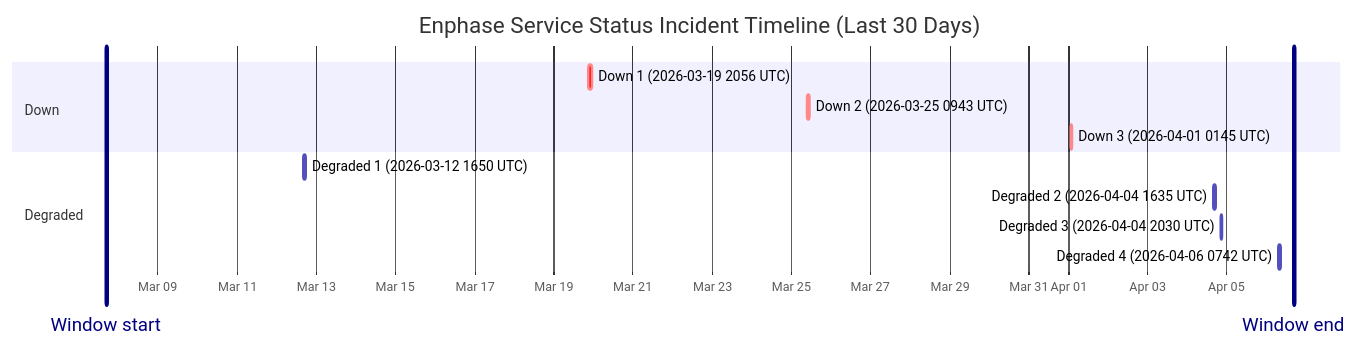
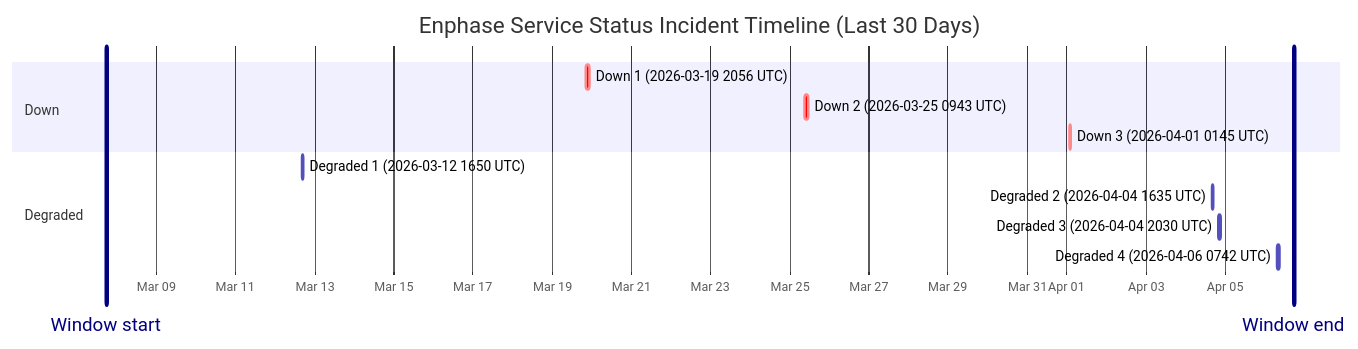
Before and after one commit to barneyonline/ha-enphase-ev-charger: the diagram in wiki/Service-Status-History.md, drawn with Mermaid. The commit also changed other lines of this file and 3 other files, not shown here.

````diff
--- a/wiki/Service-Status-History.md
+++ b/wiki/Service-Status-History.md
@@ -14,17 +14,17 @@
 ```mermaid
 gantt
     title Enphase Service Status Incident Timeline (Last 30 Days)
     dateFormat  YYYY-MM-DDTHH:mm:ss
     axisFormat  %b %d
-    Window start :vert, window-start, 2026-03-07T16:45:52, 0ms
-    Window end :vert, window-end, 2026-04-06T16:45:52, 0ms
+    Window start :vert, window-start, 2026-03-07T17:43:10, 0ms
+    Window end :vert, window-end, 2026-04-06T17:43:10, 0ms
     section Down
     Down 1 (2026-03-19 2056 UTC) :crit, down-1, 2026-03-19T20:56:20, 145m
     Down 2 (2026-03-25 0943 UTC) :crit, down-2, 2026-03-25T09:43:28, 111m
     Down 3 (2026-04-01 0145 UTC) :crit, down-3, 2026-04-01T01:45:09, 60m
     section Degraded
     Degraded 1 (2026-03-12 1650 UTC) :active, degraded-1, 2026-03-12T16:50:43, 60m
     Degraded 2 (2026-04-04 1635 UTC) :active, degraded-2, 2026-04-04T16:35:17, 60m
     Degraded 3 (2026-04-04 2030 UTC) :active, degraded-3, 2026-04-04T20:30:40, 60m
     Degraded 4 (2026-04-06 0742 UTC) :active, degraded-4, 2026-04-06T07:42:09, 85m
 ```
````
